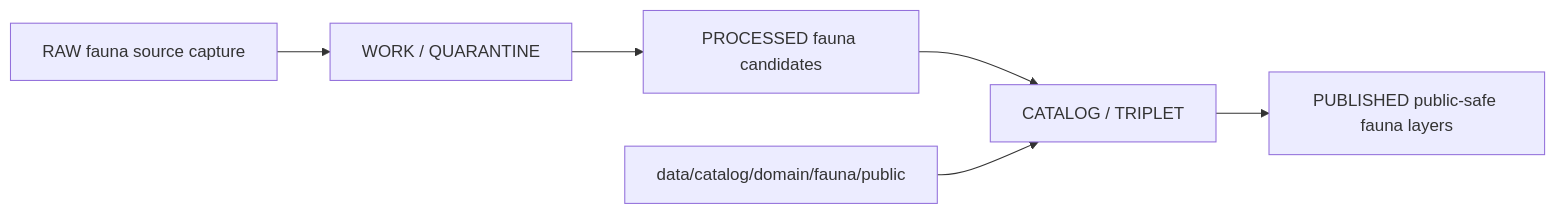
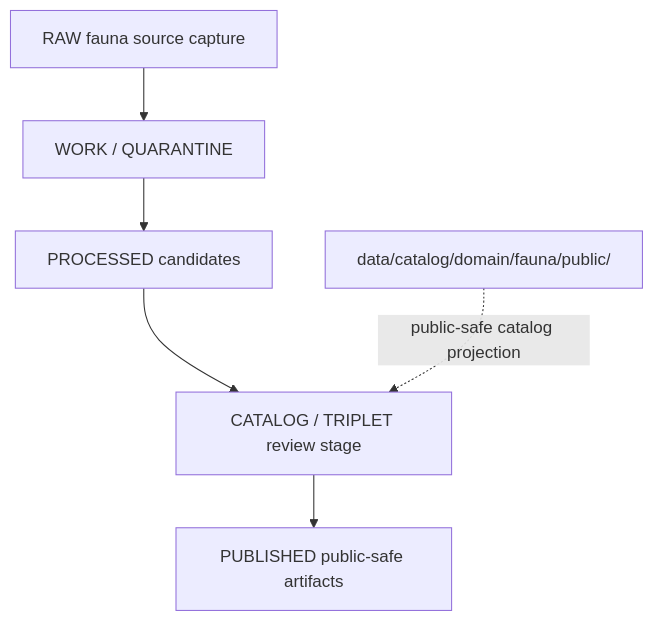
The diagram in data/catalog/domain/fauna/public/README.md (bartytime4life/Kansas-Frontier-Matrix), drawn with Mermaid before and after one commit. The commit also changed other lines of this file, not shown here.

Commit message:
Modernize Fauna public catalog README

````diff
--- a/data/catalog/domain/fauna/public/README.md
+++ b/data/catalog/domain/fauna/public/README.md
@@ -71,8 +96,15 @@
 ```mermaid
-flowchart LR
-  RAW[RAW fauna source capture] --> WORK[WORK / QUARANTINE]
-  WORK --> PROCESSED[PROCESSED fauna candidates]
-  PROCESSED --> CATALOG[CATALOG / TRIPLET]
-  CATALOG --> PUBLISHED[PUBLISHED public-safe fauna layers]
-  PUBLIC[data/catalog/domain/fauna/public] --> CATALOG
+flowchart TB
+    RAW["RAW fauna source capture"]
+    WORK["WORK / QUARANTINE"]
+    PROCESSED["PROCESSED candidates"]
+    CATALOG["CATALOG / TRIPLET review stage"]
+    PUBLISHED["PUBLISHED public-safe artifacts"]
+    PUBLIC["data/catalog/domain/fauna/public/"]
+
+    RAW --> WORK
+    WORK --> PROCESSED
+    PROCESSED --> CATALOG
+    CATALOG --> PUBLISHED
+    PUBLIC -. "public-safe catalog projection" .-> CATALOG
 ```
````
